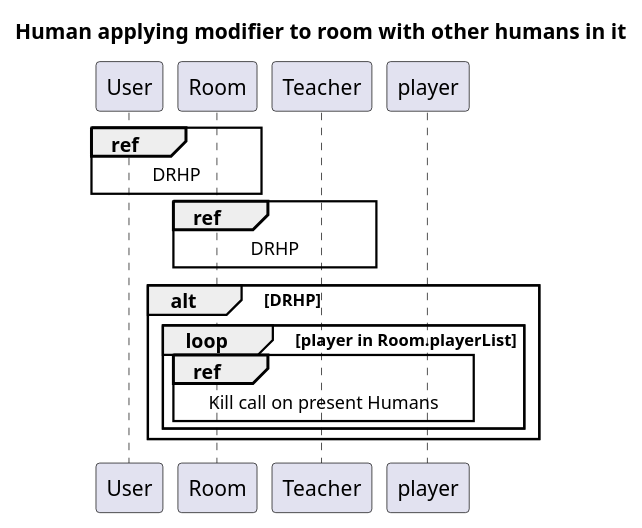
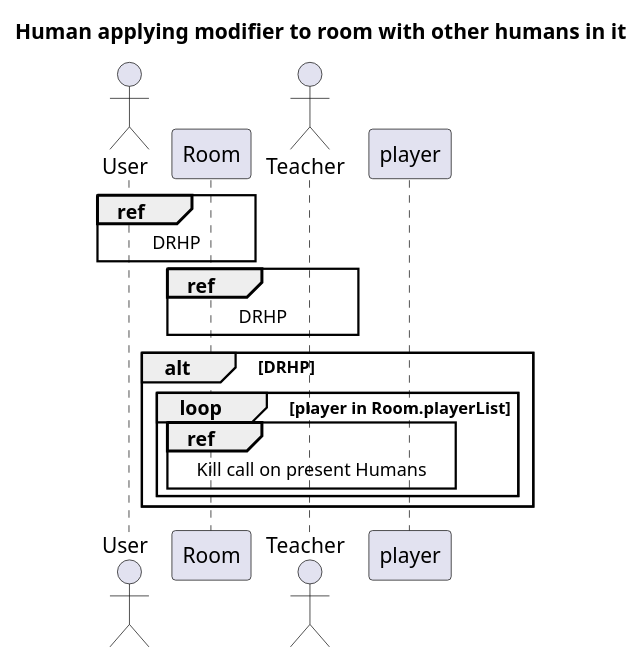
The diagram in resources/sequence_diagrams/teacher_steps_into_room.puml (MysticMazeEducators/.github), drawn with PlantUML before and after one commit. The commit also changed 6 other files, not shown here.

Commit message:
changed user and teacher from participant to actor

```diff
--- a/resources/sequence_diagrams/teacher_steps_into_room.puml
+++ b/resources/sequence_diagrams/teacher_steps_into_room.puml
@@ -1,18 +1,18 @@
 @startuml
 'https://plantuml.com/sequence-diagram
 title Human applying modifier to room with other humans in it
 autonumber
 
-participant "User" as U
+actor "User" as U
 participant "Room" as R
-participant "Teacher" as T
+actor "Teacher" as T
 
 ref over U, R: DRHP
 ref over T, R: DRHP
 
 alt DRHP
     loop player in Room.playerList
       ref over R, player: Kill call on present Humans
     end
 end
 @enduml
```
